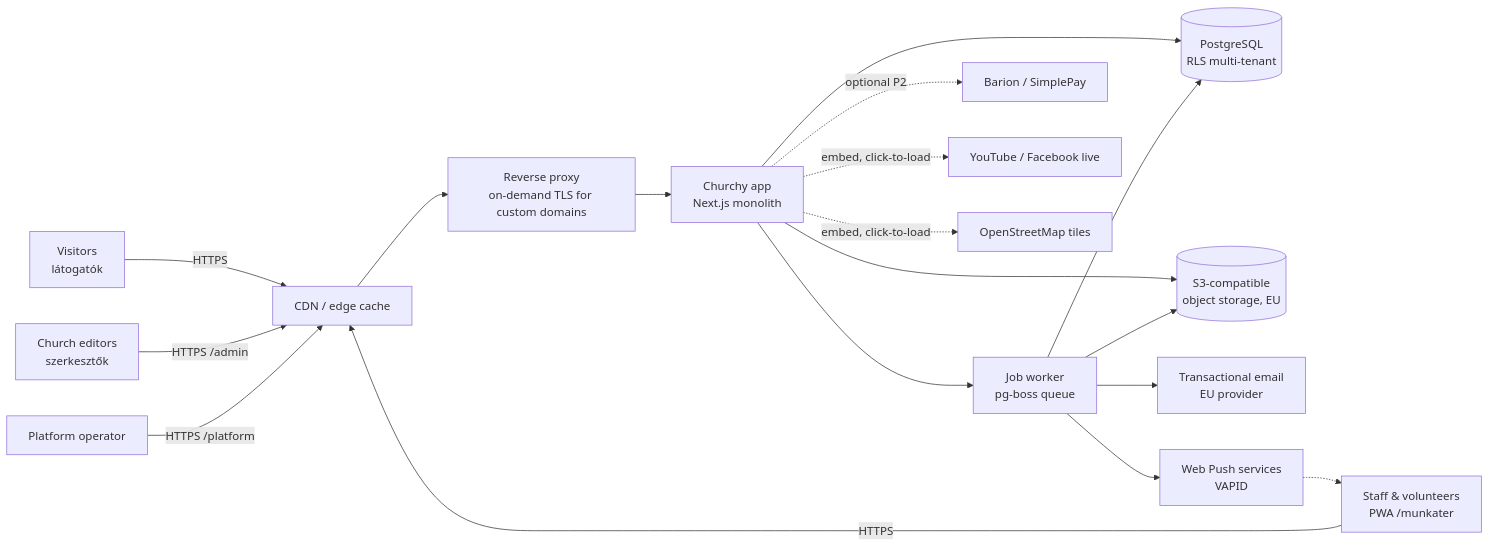
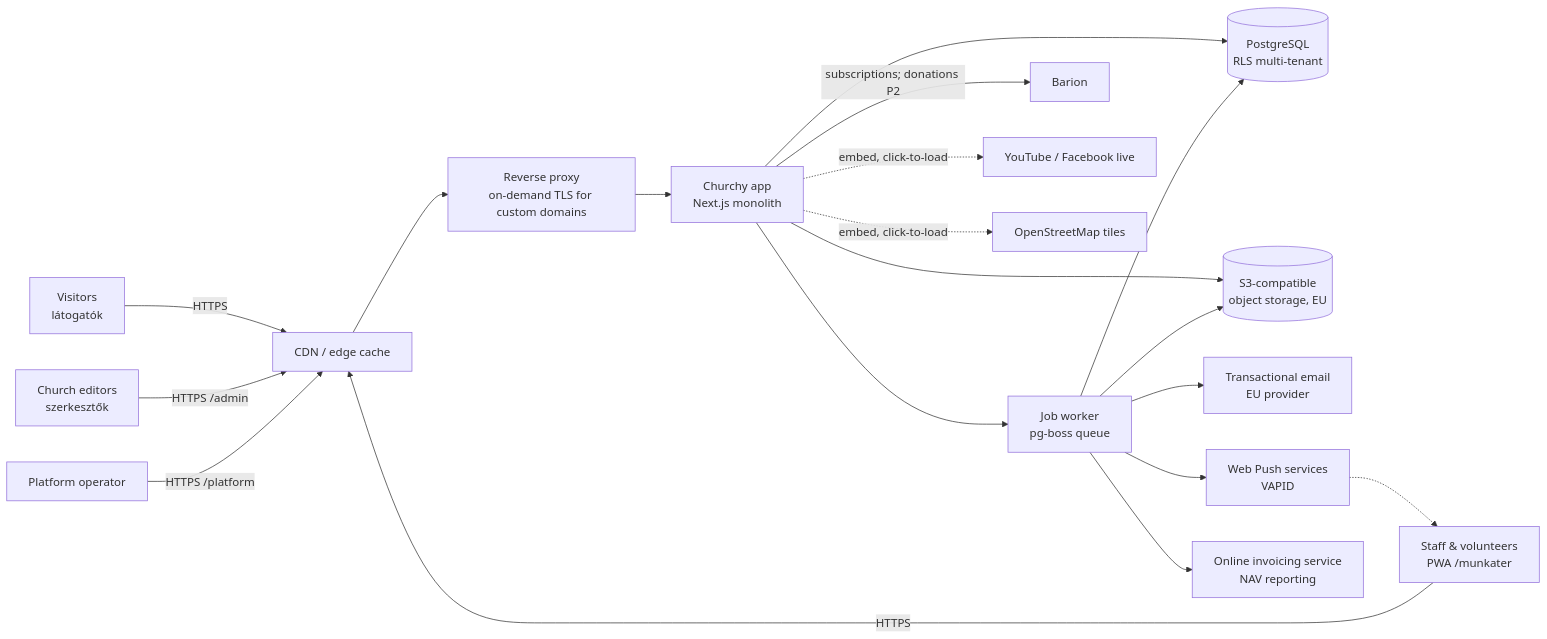
Before and after one commit to obviousmarcello/churchy: the first of 7 diagrams in docs/02-SDD.md, drawn with Mermaid. The commit also changed other lines of this file and 2 other files, not shown here.

First line of the commit message:
Resolve remaining open questions: pricing, diocesan deals, Barion, domains, preset review

````diff
--- a/docs/02-SDD.md
+++ b/docs/02-SDD.md
@@ -33,20 +34,21 @@
 ```mermaid
 flowchart LR
     V[Visitors<br/>látogatók] -->|HTTPS| CDN[CDN / edge cache]
     E[Church editors<br/>szerkesztők] -->|HTTPS /admin| CDN
     W[Staff & volunteers<br/>PWA /munkater] -->|HTTPS| CDN
     O[Platform operator] -->|HTTPS /platform| CDN
     CDN --> RP[Reverse proxy<br/>on-demand TLS for custom domains]
     RP --> APP[Churchy app<br/>Next.js monolith]
     APP --> DB[(PostgreSQL<br/>RLS multi-tenant)]
     APP --> S3[(S3-compatible<br/>object storage, EU)]
     APP --> Q[Job worker<br/>pg-boss queue]
     Q --> DB
     Q --> MAIL[Transactional email<br/>EU provider]
     Q --> S3
     Q --> PUSH[Web Push services<br/>VAPID]
     PUSH -.-> W
-    APP -.->|optional P2| PAY[Barion / SimplePay]
+    APP -->|subscriptions; donations P2| PAY[Barion]
+    Q --> INV[Online invoicing service<br/>NAV reporting]
     APP -.->|embed, click-to-load| YT[YouTube / Facebook live]
     APP -.->|embed, click-to-load| MAP[OpenStreetMap tiles]
 ```
````
